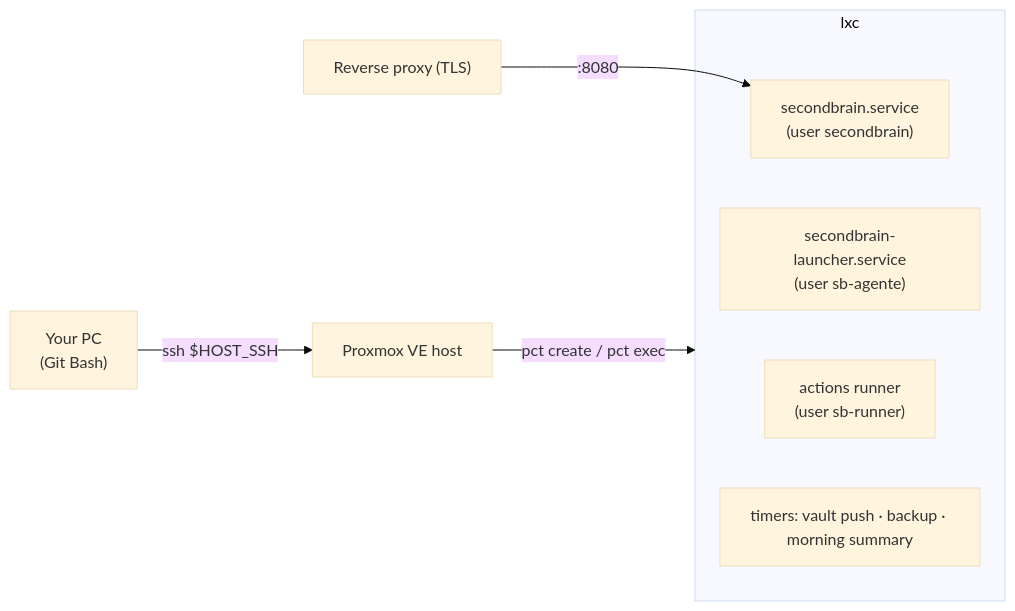
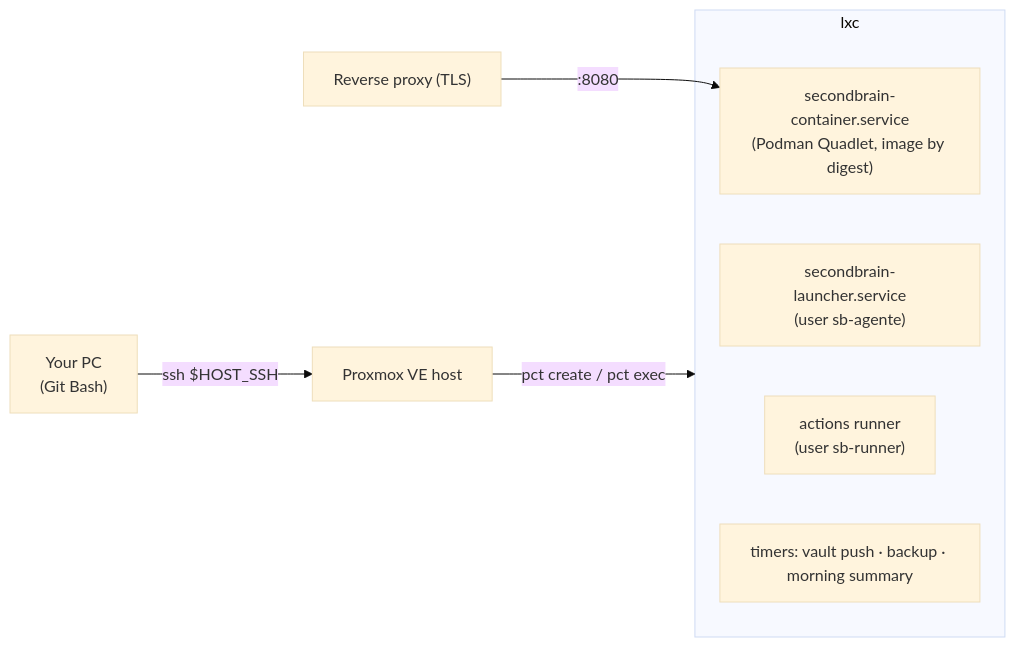
One commit to paul-jar4millo/SecondBrain changed the diagram in docs/deployment.md. Above: the diagram before and after it, drawn with Mermaid (base theme). The commit also changed other lines of this file and 35 other files, not shown here.

````diff
--- a/docs/deployment.md
+++ b/docs/deployment.md
@@ -35,12 +35,12 @@
 ```mermaid
 flowchart LR
   pc["Your PC<br/>(Git Bash)"] -- "ssh $HOST_SSH" --> host["Proxmox VE host"]
   host -- "pct create / pct exec" --> lxc["Container $VMID"]
   subgraph lxc
-    svc["secondbrain.service<br/>(user secondbrain)"]
+    svc["secondbrain-container.service<br/>(Podman Quadlet, image by digest)"]
     lz["secondbrain-launcher.service<br/>(user sb-agente)"]
     runner["actions runner<br/>(user sb-runner)"]
     timers["timers: vault push · backup · morning summary"]
   end
   proxy["Reverse proxy (TLS)"] -- ":8080" --> svc
 ```
````
